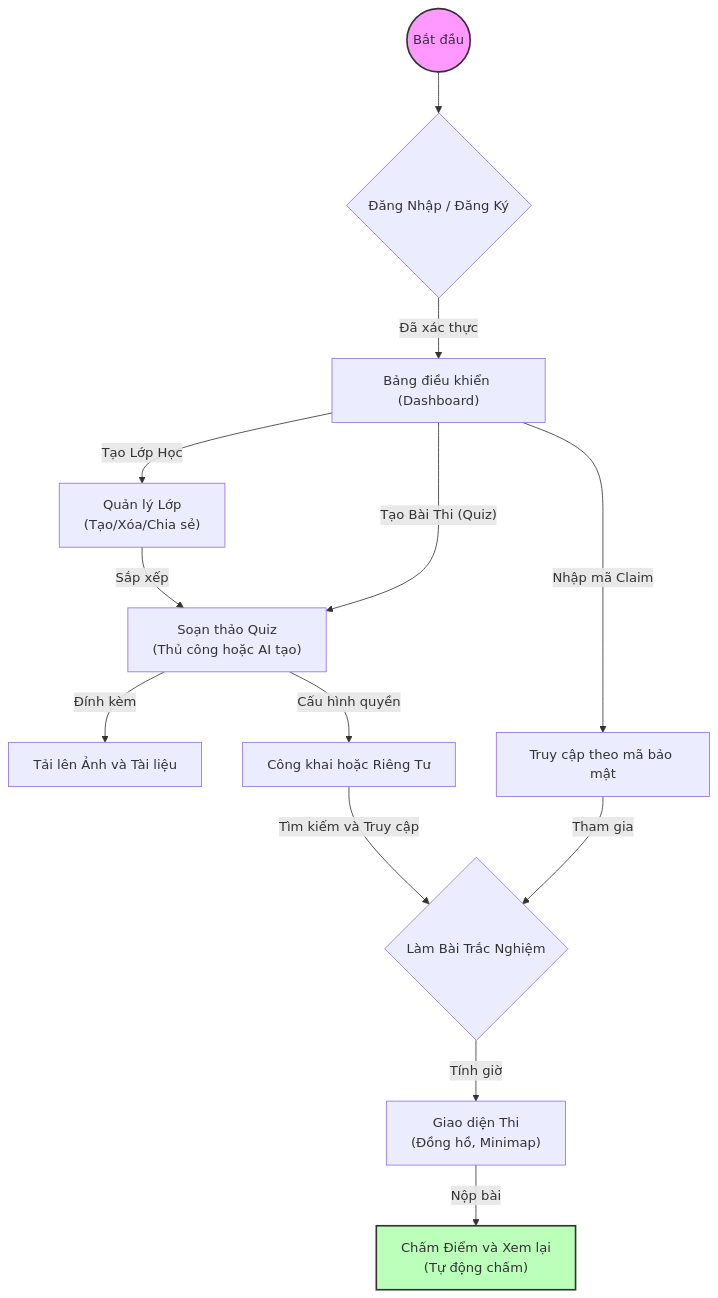
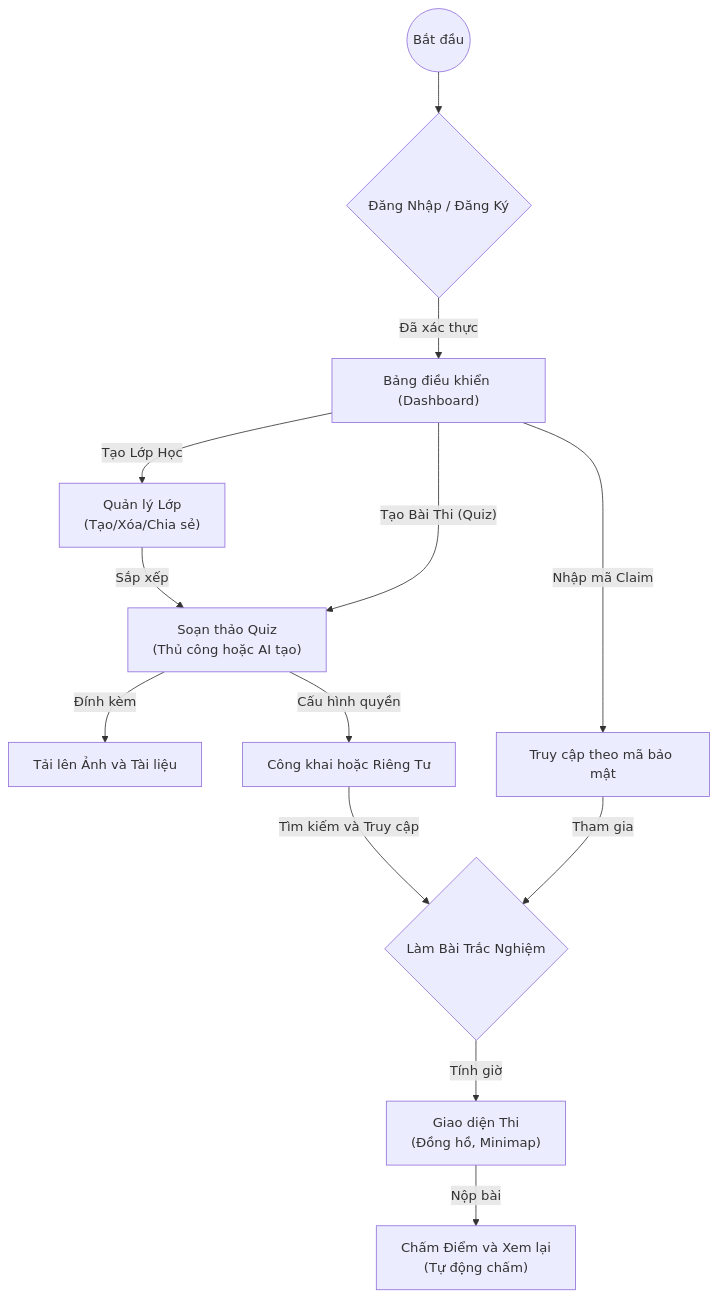
One commit to HoanBuCon/Quiz-Website changed the third of 4 diagrams in README.md. Above: the diagram before and after it, drawn with Mermaid. The commit also changed other lines of this file, not shown here.

````diff
--- a/README.md
+++ b/README.md
@@ -296,21 +287,18 @@
 ```mermaid
 graph TD
     Start(("Bắt đầu")) --> Login{"Đăng Nhập / Đăng Ký"}
     Login -->|"Đã xác thực"| Dash["Bảng điều khiển (Dashboard)"]
     
     Dash -->|"Tạo Lớp Học"| Class["Quản lý Lớp<br/>(Tạo/Xóa/Chia sẻ)"]
     Dash -->|"Tạo Bài Thi (Quiz)"| MakeQuiz["Soạn thảo Quiz<br/>(Thủ công hoặc AI tạo)"]
     Class -->|"Sắp xếp"| MakeQuiz
     MakeQuiz -->|"Đính kèm"| Uploads["Tải lên Ảnh và Tài liệu"]
     
     Dash -->|"Nhập mã Claim"| Join["Truy cập theo mã bảo mật"]
     Join -->|"Tham gia"| TakeQuiz{"Làm Bài Trắc Nghiệm"}
     MakeQuiz -->|"Cấu hình quyền"| Pub["Công khai hoặc Riêng Tư"]
     Pub -->|"Tìm kiếm và Truy cập"| TakeQuiz
     
     TakeQuiz -->|"Tính giờ"| Session["Giao diện Thi<br/>(Đồng hồ, Minimap)"]
     Session -->|"Nộp bài"| Review["Chấm Điểm và Xem lại<br/>(Tự động chấm)"]
-    
-    style Start fill:#f9f,stroke:#333,stroke-width:2px;
-    style Review fill:#bfb,stroke:#333,stroke-width:2px;
 ```
````
